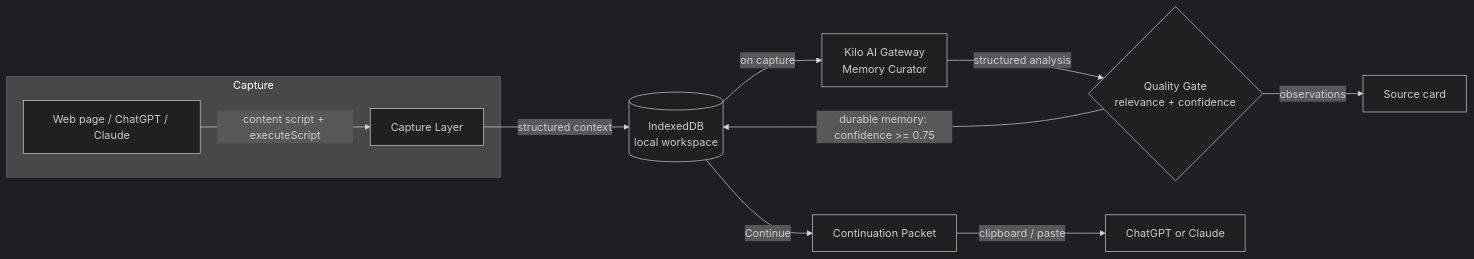
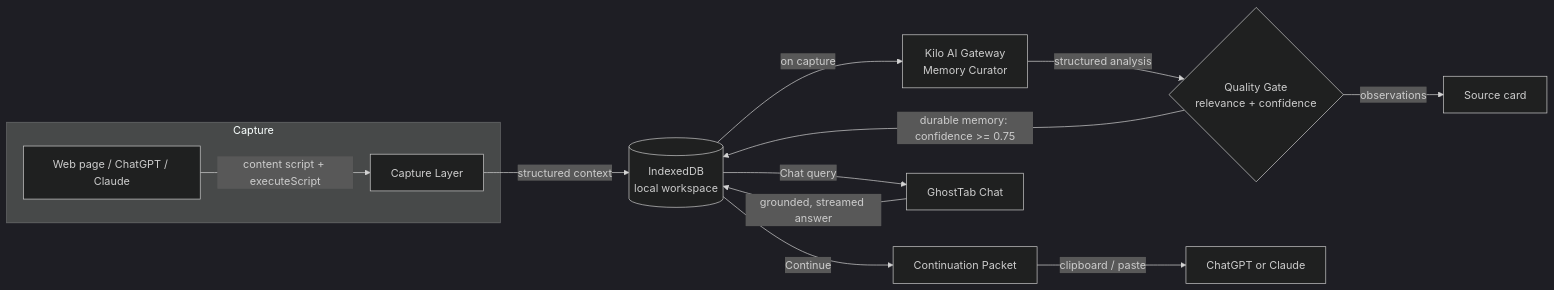
One commit to akyourowngames/ghosttabs changed the first of 2 diagrams in README.md. Above: the diagram before and after it, drawn with Mermaid (dark theme). The commit also changed other lines of this file, not shown here.

Commit message:
Docs: document Chat tab, token streaming, remember/forget commands; fix default model

````diff
--- a/README.md
+++ b/README.md
@@ -56,13 +60,15 @@
 ```mermaid
 flowchart LR
     subgraph Capture
       A[Web page / ChatGPT / Claude] -->|content script + executeScript| B[Capture Layer]
     end
     B -->|structured context| C[(IndexedDB<br/>local workspace)]
     C -->|on capture| D[Kilo AI Gateway<br/>Memory Curator]
     D -->|structured analysis| E{Quality Gate<br/>relevance + confidence}
     E -->|durable memory: confidence >= 0.75| C
     E -->|observations| F[Source card]
     C -->|Continue| G[Continuation Packet]
     G -->|clipboard / paste| H[ChatGPT or Claude]
+    C -->|Chat query| I[GhostTab Chat]
+    I -->|grounded, streamed answer| C
 ```
````
